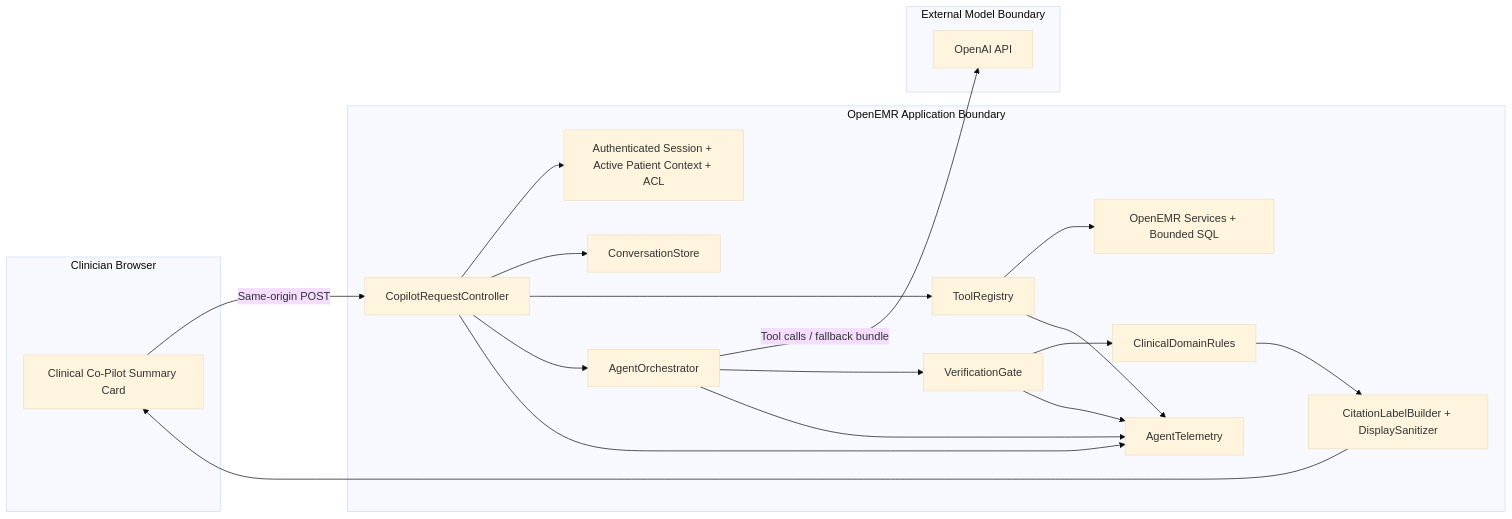
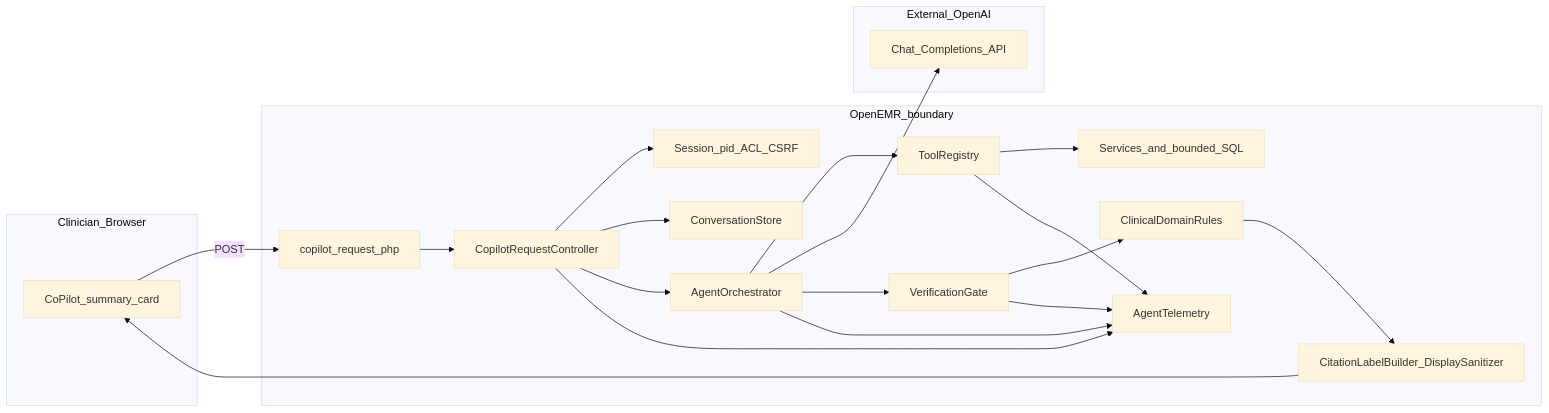
Before and after one commit to monigarr/openemr: the diagram in ARCHITECTURE.md, drawn with Mermaid (base theme). The commit also changed other lines of this file and 27 other files, not shown here.

Commit message:
feat(clinical-copilot): deepen LangFuse traces and Railway LangFuse docs. todo: improve LangFuse ingestion metadata and env wiring

````diff
--- a/ARCHITECTURE.md
+++ b/ARCHITECTURE.md
@@ -150,39 +85,35 @@
 ```mermaid
 flowchart LR
-  subgraph UI[Clinician Browser]
-    CARD[Clinical Co-Pilot Summary Card]
+  subgraph UI[Clinician_Browser]
+    CARD[CoPilot_summary_card]
   end
 
-  subgraph APP[OpenEMR Application Boundary]
+  subgraph APP[OpenEMR_boundary]
+    ENTRY[copilot_request_php]
     CTRL[CopilotRequestController]
-    ACL[Authenticated Session + Active Patient Context + ACL]
+    ACL[Session_pid_ACL_CSRF]
     CONV[ConversationStore]
     TOOLS[ToolRegistry]
-    SRV[OpenEMR Services + Bounded SQL]
+    SRV[Services_and_bounded_SQL]
     ORCH[AgentOrchestrator]
     VERIFY[VerificationGate]
     RULES[ClinicalDomainRules]
-    LABELS[CitationLabelBuilder + DisplaySanitizer]
+    LABELS[CitationLabelBuilder_DisplaySanitizer]
     TELEMETRY[AgentTelemetry]
   end
 
-  subgraph MODEL[External Model Boundary]
-    OAI[OpenAI API]
+  subgraph MODEL[External_OpenAI]
+    OAI[Chat_Completions_API]
   end
 
-  CARD -->|Same-origin POST| CTRL
-  CTRL --> ACL
+  CARD -->|POST| ENTRY --> CTRL --> ACL
   CTRL --> CONV
-  CTRL --> TOOLS
-  TOOLS --> SRV
   CTRL --> ORCH
-  ORCH -->|Tool calls / fallback bundle| OAI
-  ORCH --> VERIFY
-  VERIFY --> RULES
-  RULES --> LABELS
-  LABELS --> CARD
+  ORCH --> TOOLS --> SRV
+  ORCH --> OAI
+  ORCH --> VERIFY --> RULES --> LABELS --> CARD
   CTRL --> TELEMETRY
   TOOLS --> TELEMETRY
   ORCH --> TELEMETRY
   VERIFY --> TELEMETRY
 ```
````
